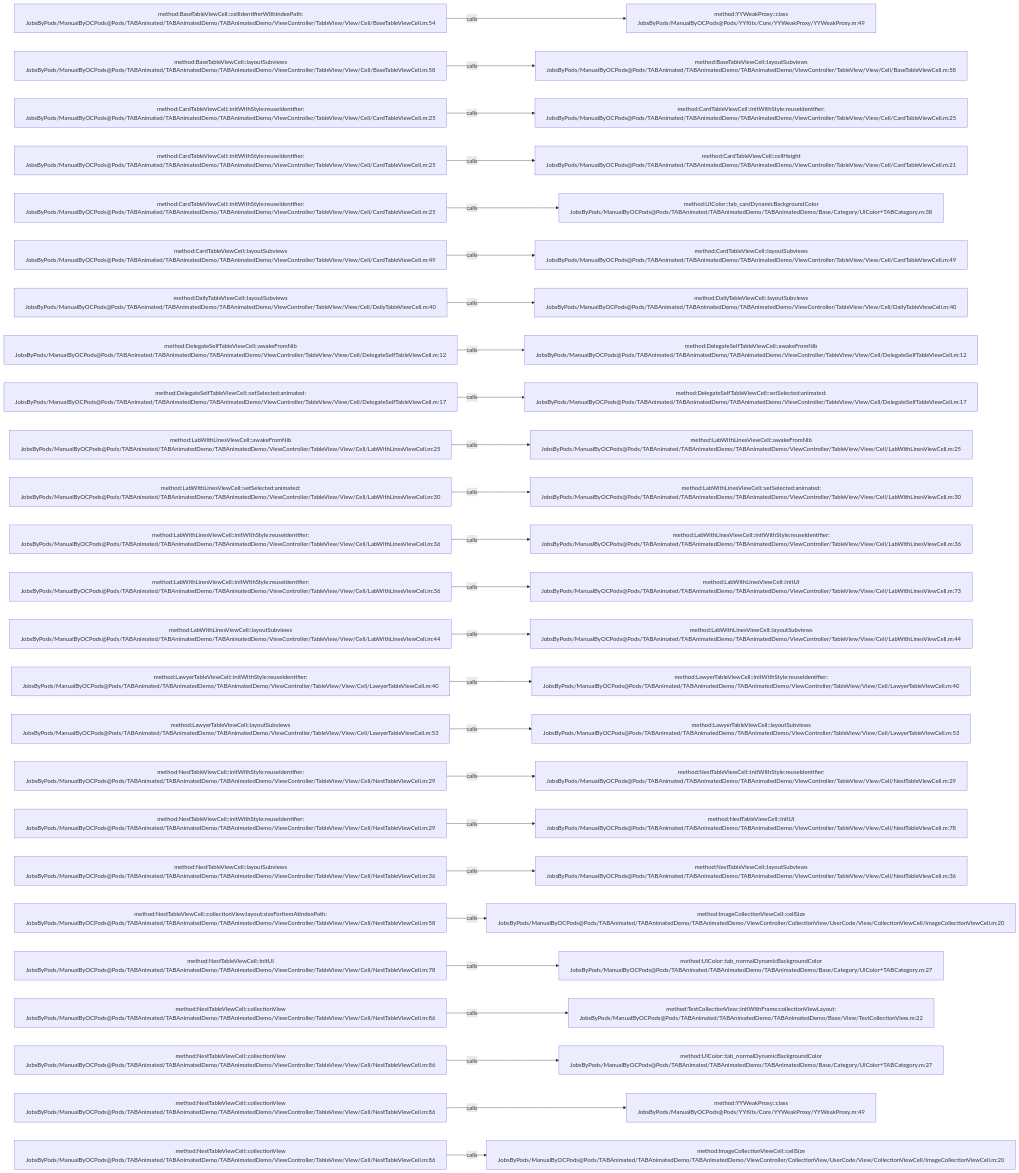
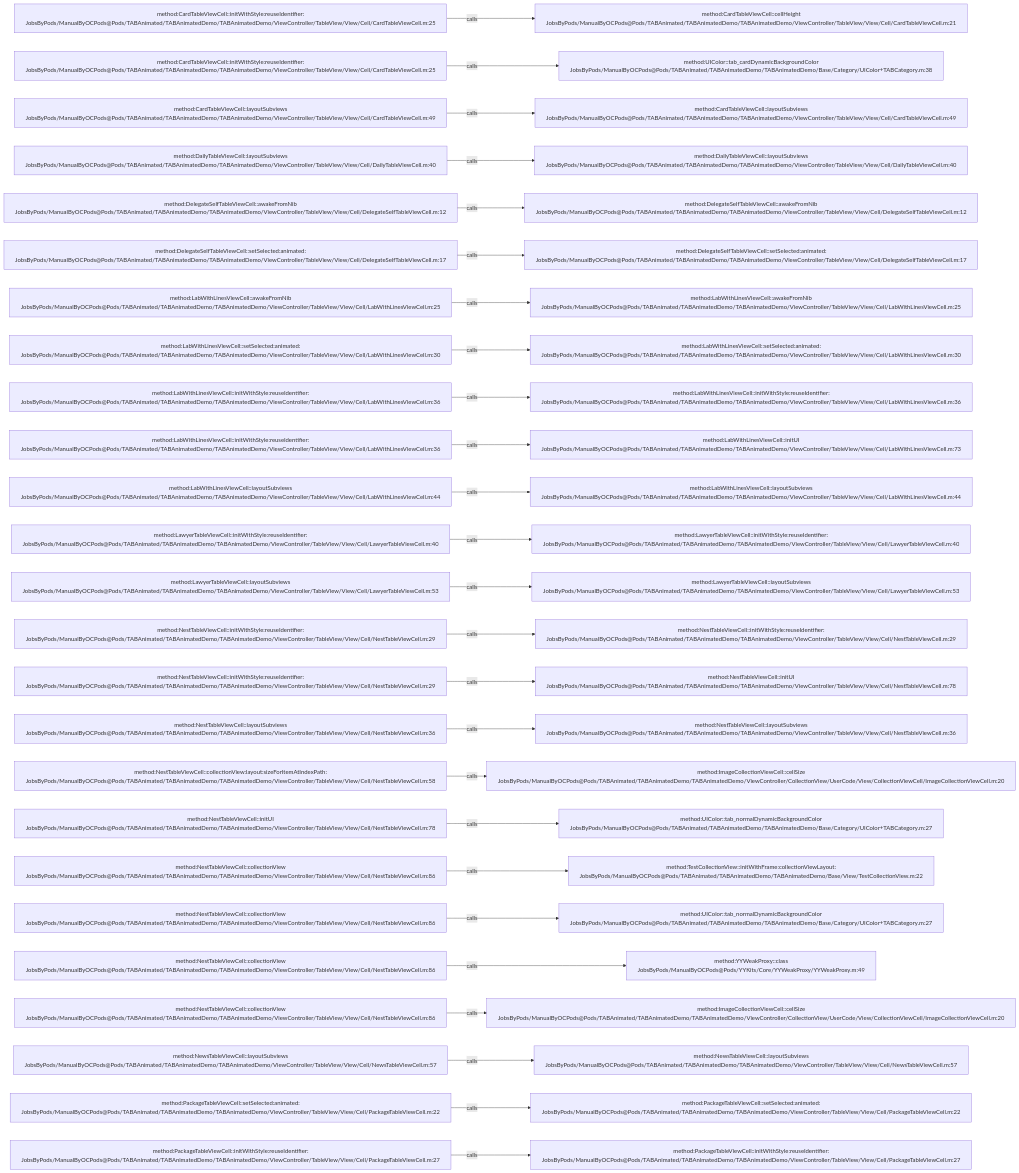
The diagram in .codegraph/codegraph.md/graphs/calls-069.md (JobsKits/JobsOCBaseConfigDemo), drawn with Mermaid before and after one commit. The commit also changed 342 other files, not shown here.

````diff
--- a/.codegraph/codegraph.md/graphs/calls-069.md
+++ b/.codegraph/codegraph.md/graphs/calls-069.md
@@ -13,78 +13,78 @@
 ```mermaid
 flowchart LR
-  S1["method:BaseTableViewCell::cellIdentifierWithIndexPath:<br/>JobsByPods/ManualByOCPods@Pods/TABAnimated/TABAnimatedDemo/TABAnimatedDemo/ViewController/TableView/View/Cell/BaseTableViewCell.m:54"]
-  T1["method:YYWeakProxy::class<br/>JobsByPods/ManualByOCPods@Pods/YYKits/Core/YYWeakProxy/YYWeakProxy.m:49"]
+  S1["method:CardTableViewCell::initWithStyle:reuseIdentifier:<br/>JobsByPods/ManualByOCPods@Pods/TABAnimated/TABAnimatedDemo/TABAnimatedDemo/ViewController/TableView/View/Cell/CardTableViewCell.m:25"]
+  T1["method:CardTableViewCell::cellHeight<br/>JobsByPods/ManualByOCPods@Pods/TABAnimated/TABAnimatedDemo/TABAnimatedDemo/ViewController/TableView/View/Cell/CardTableViewCell.m:21"]
   S1 -->|calls| T1
-  S2["method:BaseTableViewCell::layoutSubviews<br/>JobsByPods/ManualByOCPods@Pods/TABAnimated/TABAnimatedDemo/TABAnimatedDemo/ViewController/TableView/View/Cell/BaseTableViewCell.m:58"]
-  T2["method:BaseTableViewCell::layoutSubviews<br/>JobsByPods/ManualByOCPods@Pods/TABAnimated/TABAnimatedDemo/TABAnimatedDemo/ViewController/TableView/View/Cell/BaseTableViewCell.m:58"]
+  S2["method:CardTableViewCell::initWithStyle:reuseIdentifier:<br/>JobsByPods/ManualByOCPods@Pods/TABAnimated/TABAnimatedDemo/TABAnimatedDemo/ViewController/TableView/View/Cell/CardTableViewCell.m:25"]
+  T2["method:UIColor::tab_cardDynamicBackgroundColor<br/>JobsByPods/ManualByOCPods@Pods/TABAnimated/TABAnimatedDemo/TABAnimatedDemo/Base/Category/UIColor+TABCategory.m:38"]
   S2 -->|calls| T2
-  S3["method:CardTableViewCell::initWithStyle:reuseIdentifier:<br/>JobsByPods/ManualByOCPods@Pods/TABAnimated/TABAnimatedDemo/TABAnimatedDemo/ViewController/TableView/View/Cell/CardTableViewCell.m:25"]
-  T3["method:CardTableViewCell::initWithStyle:reuseIdentifier:<br/>JobsByPods/ManualByOCPods@Pods/TABAnimated/TABAnimatedDemo/TABAnimatedDemo/ViewController/TableView/View/Cell/CardTableViewCell.m:25"]
+  S3["method:CardTableViewCell::layoutSubviews<br/>JobsByPods/ManualByOCPods@Pods/TABAnimated/TABAnimatedDemo/TABAnimatedDemo/ViewController/TableView/View/Cell/CardTableViewCell.m:49"]
+  T3["method:CardTableViewCell::layoutSubviews<br/>JobsByPods/ManualByOCPods@Pods/TABAnimated/TABAnimatedDemo/TABAnimatedDemo/ViewController/TableView/View/Cell/CardTableViewCell.m:49"]
   S3 -->|calls| T3
-  S4["method:CardTableViewCell::initWithStyle:reuseIdentifier:<br/>JobsByPods/ManualByOCPods@Pods/TABAnimated/TABAnimatedDemo/TABAnimatedDemo/ViewController/TableView/View/Cell/CardTableViewCell.m:25"]
-  T4["method:CardTableViewCell::cellHeight<br/>JobsByPods/ManualByOCPods@Pods/TABAnimated/TABAnimatedDemo/TABAnimatedDemo/ViewController/TableView/View/Cell/CardTableViewCell.m:21"]
+  S4["method:DailyTableViewCell::layoutSubviews<br/>JobsByPods/ManualByOCPods@Pods/TABAnimated/TABAnimatedDemo/TABAnimatedDemo/ViewController/TableView/View/Cell/DailyTableViewCell.m:40"]
+  T4["method:DailyTableViewCell::layoutSubviews<br/>JobsByPods/ManualByOCPods@Pods/TABAnimated/TABAnimatedDemo/TABAnimatedDemo/ViewController/TableView/View/Cell/DailyTableViewCell.m:40"]
   S4 -->|calls| T4
-  S5["method:CardTableViewCell::initWithStyle:reuseIdentifier:<br/>JobsByPods/ManualByOCPods@Pods/TABAnimated/TABAnimatedDemo/TABAnimatedDemo/ViewController/TableView/View/Cell/CardTableViewCell.m:25"]
-  T5["method:UIColor::tab_cardDynamicBackgroundColor<br/>JobsByPods/ManualByOCPods@Pods/TABAnimated/TABAnimatedDemo/TABAnimatedDemo/Base/Category/UIColor+TABCategory.m:38"]
+  S5["method:DelegateSelfTableViewCell::awakeFromNib<br/>JobsByPods/ManualByOCPods@Pods/TABAnimated/TABAnimatedDemo/TABAnimatedDemo/ViewController/TableView/View/Cell/DelegateSelfTableViewCell.m:12"]
+  T5["method:DelegateSelfTableViewCell::awakeFromNib<br/>JobsByPods/ManualByOCPods@Pods/TABAnimated/TABAnimatedDemo/TABAnimatedDemo/ViewController/TableView/View/Cell/DelegateSelfTableViewCell.m:12"]
   S5 -->|calls| T5
-  S6["method:CardTableViewCell::layoutSubviews<br/>JobsByPods/ManualByOCPods@Pods/TABAnimated/TABAnimatedDemo/TABAnimatedDemo/ViewController/TableView/View/Cell/CardTableViewCell.m:49"]
-  T6["method:CardTableViewCell::layoutSubviews<br/>JobsByPods/ManualByOCPods@Pods/TABAnimated/TABAnimatedDemo/TABAnimatedDemo/ViewController/TableView/View/Cell/CardTableViewCell.m:49"]
+  S6["method:DelegateSelfTableViewCell::setSelected:animated:<br/>JobsByPods/ManualByOCPods@Pods/TABAnimated/TABAnimatedDemo/TABAnimatedDemo/ViewController/TableView/View/Cell/DelegateSelfTableViewCell.m:17"]
+  T6["method:DelegateSelfTableViewCell::setSelected:animated:<br/>JobsByPods/ManualByOCPods@Pods/TABAnimated/TABAnimatedDemo/TABAnimatedDemo/ViewController/TableView/View/Cell/DelegateSelfTableViewCell.m:17"]
   S6 -->|calls| T6
-  S7["method:DailyTableViewCell::layoutSubviews<br/>JobsByPods/ManualByOCPods@Pods/TABAnimated/TABAnimatedDemo/TABAnimatedDemo/ViewController/TableView/View/Cell/DailyTableViewCell.m:40"]
-  T7["method:DailyTableViewCell::layoutSubviews<br/>JobsByPods/ManualByOCPods@Pods/TABAnimated/TABAnimatedDemo/TABAnimatedDemo/ViewController/TableView/View/Cell/DailyTableViewCell.m:40"]
+  S7["method:LabWithLinesViewCell::awakeFromNib<br/>JobsByPods/ManualByOCPods@Pods/TABAnimated/TABAnimatedDemo/TABAnimatedDemo/ViewController/TableView/View/Cell/LabWithLinesViewCell.m:25"]
+  T7["method:LabWithLinesViewCell::awakeFromNib<br/>JobsByPods/ManualByOCPods@Pods/TABAnimated/TABAnimatedDemo/TABAnimatedDemo/ViewController/TableView/View/Cell/LabWithLinesViewCell.m:25"]
   S7 -->|calls| T7
-  S8["method:DelegateSelfTableViewCell::awakeFromNib<br/>JobsByPods/ManualByOCPods@Pods/TABAnimated/TABAnimatedDemo/TABAnimatedDemo/ViewController/TableView/View/Cell/DelegateSelfTableViewCell.m:12"]
-  T8["method:DelegateSelfTableViewCell::awakeFromNib<br/>JobsByPods/ManualByOCPods@Pods/TABAnimated/TABAnimatedDemo/TABAnimatedDemo/ViewController/TableView/View/Cell/DelegateSelfTableViewCell.m:12"]
+  S8["method:LabWithLinesViewCell::setSelected:animated:<br/>JobsByPods/ManualByOCPods@Pods/TABAnimated/TABAnimatedDemo/TABAnimatedDemo/ViewController/TableView/View/Cell/LabWithLinesViewCell.m:30"]
+  T8["method:LabWithLinesViewCell::setSelected:animated:<br/>JobsByPods/ManualByOCPods@Pods/TABAnimated/TABAnimatedDemo/TABAnimatedDemo/ViewController/TableView/View/Cell/LabWithLinesViewCell.m:30"]
   S8 -->|calls| T8
-  S9["method:DelegateSelfTableViewCell::setSelected:animated:<br/>JobsByPods/ManualByOCPods@Pods/TABAnimated/TABAnimatedDemo/TABAnimatedDemo/ViewController/TableView/View/Cell/DelegateSelfTableViewCell.m:17"]
-  T9["method:DelegateSelfTableViewCell::setSelected:animated:<br/>JobsByPods/ManualByOCPods@Pods/TABAnimated/TABAnimatedDemo/TABAnimatedDemo/ViewController/TableView/View/Cell/DelegateSelfTableViewCell.m:17"]
+  S9["method:LabWithLinesViewCell::initWithStyle:reuseIdentifier:<br/>JobsByPods/ManualByOCPods@Pods/TABAnimated/TABAnimatedDemo/TABAnimatedDemo/ViewController/TableView/View/Cell/LabWithLinesViewCell.m:36"]
+  T9["method:LabWithLinesViewCell::initWithStyle:reuseIdentifier:<br/>JobsByPods/ManualByOCPods@Pods/TABAnimated/TABAnimatedDemo/TABAnimatedDemo/ViewController/TableView/View/Cell/LabWithLinesViewCell.m:36"]
   S9 -->|calls| T9
-  S10["method:LabWithLinesViewCell::awakeFromNib<br/>JobsByPods/ManualByOCPods@Pods/TABAnimated/TABAnimatedDemo/TABAnimatedDemo/ViewController/TableView/View/Cell/LabWithLinesViewCell.m:25"]
-  T10["method:LabWithLinesViewCell::awakeFromNib<br/>JobsByPods/ManualByOCPods@Pods/TABAnimated/TABAnimatedDemo/TABAnimatedDemo/ViewController/TableView/View/Cell/LabWithLinesViewCell.m:25"]
+  S10["method:LabWithLinesViewCell::initWithStyle:reuseIdentifier:<br/>JobsByPods/ManualByOCPods@Pods/TABAnimated/TABAnimatedDemo/TABAnimatedDemo/ViewController/TableView/View/Cell/LabWithLinesViewCell.m:36"]
+  T10["method:LabWithLinesViewCell::initUI<br/>JobsByPods/ManualByOCPods@Pods/TABAnimated/TABAnimatedDemo/TABAnimatedDemo/ViewController/TableView/View/Cell/LabWithLinesViewCell.m:73"]
   S10 -->|calls| T10
-  S11["method:LabWithLinesViewCell::setSelected:animated:<br/>JobsByPods/ManualByOCPods@Pods/TABAnimated/TABAnimatedDemo/TABAnimatedDemo/ViewController/TableView/View/Cell/LabWithLinesViewCell.m:30"]
-  T11["method:LabWithLinesViewCell::setSelected:animated:<br/>JobsByPods/ManualByOCPods@Pods/TABAnimated/TABAnimatedDemo/TABAnimatedDemo/ViewController/TableView/View/Cell/LabWithLinesViewCell.m:30"]
+  S11["method:LabWithLinesViewCell::layoutSubviews<br/>JobsByPods/ManualByOCPods@Pods/TABAnimated/TABAnimatedDemo/TABAnimatedDemo/ViewController/TableView/View/Cell/LabWithLinesViewCell.m:44"]
+  T11["method:LabWithLinesViewCell::layoutSubviews<br/>JobsByPods/ManualByOCPods@Pods/TABAnimated/TABAnimatedDemo/TABAnimatedDemo/ViewController/TableView/View/Cell/LabWithLinesViewCell.m:44"]
   S11 -->|calls| T11
-  S12["method:LabWithLinesViewCell::initWithStyle:reuseIdentifier:<br/>JobsByPods/ManualByOCPods@Pods/TABAnimated/TABAnimatedDemo/TABAnimatedDemo/ViewController/TableView/View/Cell/LabWithLinesViewCell.m:36"]
-  T12["method:LabWithLinesViewCell::initWithStyle:reuseIdentifier:<br/>JobsByPods/ManualByOCPods@Pods/TABAnimated/TABAnimatedDemo/TABAnimatedDemo/ViewController/TableView/View/Cell/LabWithLinesViewCell.m:36"]
+  S12["method:LawyerTableViewCell::initWithStyle:reuseIdentifier:<br/>JobsByPods/ManualByOCPods@Pods/TABAnimated/TABAnimatedDemo/TABAnimatedDemo/ViewController/TableView/View/Cell/LawyerTableViewCell.m:40"]
+  T12["method:LawyerTableViewCell::initWithStyle:reuseIdentifier:<br/>JobsByPods/ManualByOCPods@Pods/TABAnimated/TABAnimatedDemo/TABAnimatedDemo/ViewController/TableView/View/Cell/LawyerTableViewCell.m:40"]
   S12 -->|calls| T12
-  S13["method:LabWithLinesViewCell::initWithStyle:reuseIdentifier:<br/>JobsByPods/ManualByOCPods@Pods/TABAnimated/TABAnimatedDemo/TABAnimatedDemo/ViewController/TableView/View/Cell/LabWithLinesViewCell.m:36"]
-  T13["method:LabWithLinesViewCell::initUI<br/>JobsByPods/ManualByOCPods@Pods/TABAnimated/TABAnimatedDemo/TABAnimatedDemo/ViewController/TableView/View/Cell/LabWithLinesViewCell.m:73"]
+  S13["method:LawyerTableViewCell::layoutSubviews<br/>JobsByPods/ManualByOCPods@Pods/TABAnimated/TABAnimatedDemo/TABAnimatedDemo/ViewController/TableView/View/Cell/LawyerTableViewCell.m:53"]
+  T13["method:LawyerTableViewCell::layoutSubviews<br/>JobsByPods/ManualByOCPods@Pods/TABAnimated/TABAnimatedDemo/TABAnimatedDemo/ViewController/TableView/View/Cell/LawyerTableViewCell.m:53"]
   S13 -->|calls| T13
-  S14["method:LabWithLinesViewCell::layoutSubviews<br/>JobsByPods/ManualByOCPods@Pods/TABAnimated/TABAnimatedDemo/TABAnimatedDemo/ViewController/TableView/View/Cell/LabWithLinesViewCell.m:44"]
-  T14["method:LabWithLinesViewCell::layoutSubviews<br/>JobsByPods/ManualByOCPods@Pods/TABAnimated/TABAnimatedDemo/TABAnimatedDemo/ViewController/TableView/View/Cell/LabWithLinesViewCell.m:44"]
+  S14["method:NestTableViewCell::initWithStyle:reuseIdentifier:<br/>JobsByPods/ManualByOCPods@Pods/TABAnimated/TABAnimatedDemo/TABAnimatedDemo/ViewController/TableView/View/Cell/NestTableViewCell.m:29"]
+  T14["method:NestTableViewCell::initWithStyle:reuseIdentifier:<br/>JobsByPods/ManualByOCPods@Pods/TABAnimated/TABAnimatedDemo/TABAnimatedDemo/ViewController/TableView/View/Cell/NestTableViewCell.m:29"]
   S14 -->|calls| T14
-  S15["method:LawyerTableViewCell::initWithStyle:reuseIdentifier:<br/>JobsByPods/ManualByOCPods@Pods/TABAnimated/TABAnimatedDemo/TABAnimatedDemo/ViewController/TableView/View/Cell/LawyerTableViewCell.m:40"]
-  T15["method:LawyerTableViewCell::initWithStyle:reuseIdentifier:<br/>JobsByPods/ManualByOCPods@Pods/TABAnimated/TABAnimatedDemo/TABAnimatedDemo/ViewController/TableView/View/Cell/LawyerTableViewCell.m:40"]
+  S15["method:NestTableViewCell::initWithStyle:reuseIdentifier:<br/>JobsByPods/ManualByOCPods@Pods/TABAnimated/TABAnimatedDemo/TABAnimatedDemo/ViewController/TableView/View/Cell/NestTableViewCell.m:29"]
+  T15["method:NestTableViewCell::initUI<br/>JobsByPods/ManualByOCPods@Pods/TABAnimated/TABAnimatedDemo/TABAnimatedDemo/ViewController/TableView/View/Cell/NestTableViewCell.m:78"]
   S15 -->|calls| T15
-  S16["method:LawyerTableViewCell::layoutSubviews<br/>JobsByPods/ManualByOCPods@Pods/TABAnimated/TABAnimatedDemo/TABAnimatedDemo/ViewController/TableView/View/Cell/LawyerTableViewCell.m:53"]
-  T16["method:LawyerTableViewCell::layoutSubviews<br/>JobsByPods/ManualByOCPods@Pods/TABAnimated/TABAnimatedDemo/TABAnimatedDemo/ViewController/TableView/View/Cell/LawyerTableViewCell.m:53"]
+  S16["method:NestTableViewCell::layoutSubviews<br/>JobsByPods/ManualByOCPods@Pods/TABAnimated/TABAnimatedDemo/TABAnimatedDemo/ViewController/TableView/View/Cell/NestTableViewCell.m:36"]
+  T16["method:NestTableViewCell::layoutSubviews<br/>JobsByPods/ManualByOCPods@Pods/TABAnimated/TABAnimatedDemo/TABAnimatedDemo/ViewController/TableView/View/Cell/NestTableViewCell.m:36"]
   S16 -->|calls| T16
-  S17["method:NestTableViewCell::initWithStyle:reuseIdentifier:<br/>JobsByPods/ManualByOCPods@Pods/TABAnimated/TABAnimatedDemo/TABAnimatedDemo/ViewController/TableView/View/Cell/NestTableViewCell.m:29"]
-  T17["method:NestTableViewCell::initWithStyle:reuseIdentifier:<br/>JobsByPods/ManualByOCPods@Pods/TABAnimated/TABAnimatedDemo/TABAnimatedDemo/ViewController/TableView/View/Cell/NestTableViewCell.m:29"]
+  S17["method:NestTableViewCell::collectionView:layout:sizeForItemAtIndexPath:<br/>JobsByPods/ManualByOCPods@Pods/TABAnimated/TABAnimatedDemo/TABAnimatedDemo/ViewController/TableView/View/Cell/NestTableViewCell.m:58"]
+  T17["method:ImageCollectionViewCell::cellSize<br/>JobsByPods/ManualByOCPods@Pods/TABAnimated/TABAnimatedDemo/TABAnimatedDemo/ViewController/CollectionView/UserCode/View/CollectionViewCell/ImageCollectionViewCell.m:20"]
   S17 -->|calls| T17
-  S18["method:NestTableViewCell::initWithStyle:reuseIdentifier:<br/>JobsByPods/ManualByOCPods@Pods/TABAnimated/TABAnimatedDemo/TABAnimatedDemo/ViewController/TableView/View/Cell/NestTableViewCell.m:29"]
-  T18["method:NestTableViewCell::initUI<br/>JobsByPods/ManualByOCPods@Pods/TABAnimated/TABAnimatedDemo/TABAnimatedDemo/ViewController/TableView/View/Cell/NestTableViewCell.m:78"]
+  S18["method:NestTableViewCell::initUI<br/>JobsByPods/ManualByOCPods@Pods/TABAnimated/TABAnimatedDemo/TABAnimatedDemo/ViewController/TableView/View/Cell/NestTableViewCell.m:78"]
+  T18["method:UIColor::tab_normalDynamicBackgroundColor<br/>JobsByPods/ManualByOCPods@Pods/TABAnimated/TABAnimatedDemo/TABAnimatedDemo/Base/Category/UIColor+TABCategory.m:27"]
   S18 -->|calls| T18
-  S19["method:NestTableViewCell::layoutSubviews<br/>JobsByPods/ManualByOCPods@Pods/TABAnimated/TABAnimatedDemo/TABAnimatedDemo/ViewController/TableView/View/Cell/NestTableViewCell.m:36"]
-  T19["method:NestTableViewCell::layoutSubviews<br/>JobsByPods/ManualByOCPods@Pods/TABAnimated/TABAnimatedDemo/TABAnimatedDemo/ViewController/TableView/View/Cell/NestTableViewCell.m:36"]
+  S19["method:NestTableViewCell::collectionView<br/>JobsByPods/ManualByOCPods@Pods/TABAnimated/TABAnimatedDemo/TABAnimatedDemo/ViewController/TableView/View/Cell/NestTableViewCell.m:86"]
+  T19["method:TestCollectionView::initWithFrame:collectionViewLayout:<br/>JobsByPods/ManualByOCPods@Pods/TABAnimated/TABAnimatedDemo/TABAnimatedDemo/Base/View/TestCollectionView.m:22"]
   S19 -->|calls| T19
-  S20["method:NestTableViewCell::collectionView:layout:sizeForItemAtIndexPath:<br/>JobsByPods/ManualByOCPods@Pods/TABAnimated/TABAnimatedDemo/TABAnimatedDemo/ViewController/TableView/View/Cell/NestTableViewCell.m:58"]
-  T20["method:ImageCollectionViewCell::cellSize<br/>JobsByPods/ManualByOCPods@Pods/TABAnimated/TABAnimatedDemo/TABAnimatedDemo/ViewController/CollectionView/UserCode/View/CollectionViewCell/ImageCollectionViewCell.m:20"]
+  S20["method:NestTableViewCell::collectionView<br/>JobsByPods/ManualByOCPods@Pods/TABAnimated/TABAnimatedDemo/TABAnimatedDemo/ViewController/TableView/View/Cell/NestTableViewCell.m:86"]
+  T20["method:UIColor::tab_normalDynamicBackgroundColor<br/>JobsByPods/ManualByOCPods@Pods/TABAnimated/TABAnimatedDemo/TABAnimatedDemo/Base/Category/UIColor+TABCategory.m:27"]
   S20 -->|calls| T20
-  S21["method:NestTableViewCell::initUI<br/>JobsByPods/ManualByOCPods@Pods/TABAnimated/TABAnimatedDemo/TABAnimatedDemo/ViewController/TableView/View/Cell/NestTableViewCell.m:78"]
-  T21["method:UIColor::tab_normalDynamicBackgroundColor<br/>JobsByPods/ManualByOCPods@Pods/TABAnimated/TABAnimatedDemo/TABAnimatedDemo/Base/Category/UIColor+TABCategory.m:27"]
+  S21["method:NestTableViewCell::collectionView<br/>JobsByPods/ManualByOCPods@Pods/TABAnimated/TABAnimatedDemo/TABAnimatedDemo/ViewController/TableView/View/Cell/NestTableViewCell.m:86"]
+  T21["method:YYWeakProxy::class<br/>JobsByPods/ManualByOCPods@Pods/YYKits/Core/YYWeakProxy/YYWeakProxy.m:49"]
   S21 -->|calls| T21
   S22["method:NestTableViewCell::collectionView<br/>JobsByPods/ManualByOCPods@Pods/TABAnimated/TABAnimatedDemo/TABAnimatedDemo/ViewController/TableView/View/Cell/NestTableViewCell.m:86"]
-  T22["method:TestCollectionView::initWithFrame:collectionViewLayout:<br/>JobsByPods/ManualByOCPods@Pods/TABAnimated/TABAnimatedDemo/TABAnimatedDemo/Base/View/TestCollectionView.m:22"]
+  T22["method:ImageCollectionViewCell::cellSize<br/>JobsByPods/ManualByOCPods@Pods/TABAnimated/TABAnimatedDemo/TABAnimatedDemo/ViewController/CollectionView/UserCode/View/CollectionViewCell/ImageCollectionViewCell.m:20"]
   S22 -->|calls| T22
-  S23["method:NestTableViewCell::collectionView<br/>JobsByPods/ManualByOCPods@Pods/TABAnimated/TABAnimatedDemo/TABAnimatedDemo/ViewController/TableView/View/Cell/NestTableViewCell.m:86"]
-  T23["method:UIColor::tab_normalDynamicBackgroundColor<br/>JobsByPods/ManualByOCPods@Pods/TABAnimated/TABAnimatedDemo/TABAnimatedDemo/Base/Category/UIColor+TABCategory.m:27"]
+  S23["method:NewsTableViewCell::layoutSubviews<br/>JobsByPods/ManualByOCPods@Pods/TABAnimated/TABAnimatedDemo/TABAnimatedDemo/ViewController/TableView/View/Cell/NewsTableViewCell.m:57"]
+  T23["method:NewsTableViewCell::layoutSubviews<br/>JobsByPods/ManualByOCPods@Pods/TABAnimated/TABAnimatedDemo/TABAnimatedDemo/ViewController/TableView/View/Cell/NewsTableViewCell.m:57"]
   S23 -->|calls| T23
-  S24["method:NestTableViewCell::collectionView<br/>JobsByPods/ManualByOCPods@Pods/TABAnimated/TABAnimatedDemo/TABAnimatedDemo/ViewController/TableView/View/Cell/NestTableViewCell.m:86"]
-  T24["method:YYWeakProxy::class<br/>JobsByPods/ManualByOCPods@Pods/YYKits/Core/YYWeakProxy/YYWeakProxy.m:49"]
+  S24["method:PackageTableViewCell::setSelected:animated:<br/>JobsByPods/ManualByOCPods@Pods/TABAnimated/TABAnimatedDemo/TABAnimatedDemo/ViewController/TableView/View/Cell/PackageTableViewCell.m:22"]
+  T24["method:PackageTableViewCell::setSelected:animated:<br/>JobsByPods/ManualByOCPods@Pods/TABAnimated/TABAnimatedDemo/TABAnimatedDemo/ViewController/TableView/View/Cell/PackageTableViewCell.m:22"]
   S24 -->|calls| T24
-  S25["method:NestTableViewCell::collectionView<br/>JobsByPods/ManualByOCPods@Pods/TABAnimated/TABAnimatedDemo/TABAnimatedDemo/ViewController/TableView/View/Cell/NestTableViewCell.m:86"]
-  T25["method:ImageCollectionViewCell::cellSize<br/>JobsByPods/ManualByOCPods@Pods/TABAnimated/TABAnimatedDemo/TABAnimatedDemo/ViewController/CollectionView/UserCode/View/CollectionViewCell/ImageCollectionViewCell.m:20"]
+  S25["method:PackageTableViewCell::initWithStyle:reuseIdentifier:<br/>JobsByPods/ManualByOCPods@Pods/TABAnimated/TABAnimatedDemo/TABAnimatedDemo/ViewController/TableView/View/Cell/PackageTableViewCell.m:27"]
+  T25["method:PackageTableViewCell::initWithStyle:reuseIdentifier:<br/>JobsByPods/ManualByOCPods@Pods/TABAnimated/TABAnimatedDemo/TABAnimatedDemo/ViewController/TableView/View/Cell/PackageTableViewCell.m:27"]
   S25 -->|calls| T25
 ```
````
